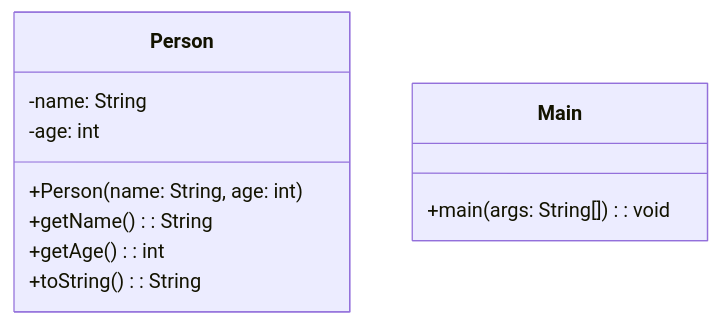
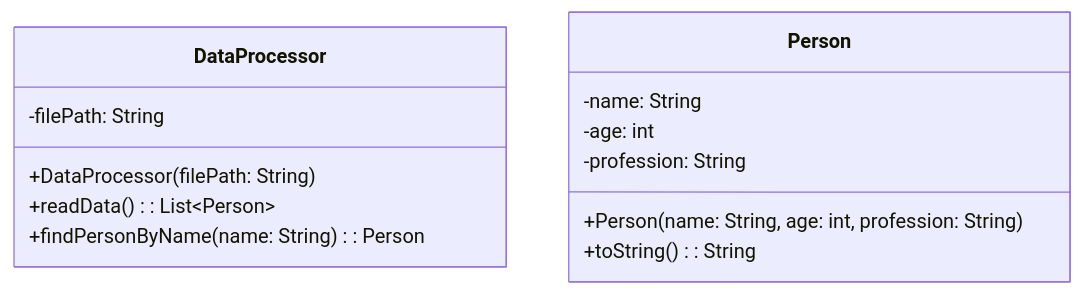
One commit to wielandjan/java_helloWorld_1 changed the second of 4 diagrams in scr/exercises/Programmieren1/SampleExam/ReadMe.md. Above: the diagram before and after it, drawn with Mermaid. The commit also changed other lines of this file, not shown here.

Commit message:
modified:   scr/exercises/Programmieren1/SampleExam/ReadMe.md

````diff
--- a/scr/exercises/Programmieren1/SampleExam/ReadMe.md
+++ b/scr/exercises/Programmieren1/SampleExam/ReadMe.md
@@ -68,15 +51,17 @@
 ```mermaid
 classDiagram
+    class DataProcessor {
+        -filePath: String
+        +DataProcessor(filePath: String)
+        +readData(): List~Person~
+        +findPersonByName(name: String): Person
+    }
+
     class Person {
         -name: String
         -age: int
-        +Person(name: String, age: int)
-        +getName(): String
-        +getAge(): int
+        -profession: String
+        +Person(name: String, age: int, profession: String)
         +toString(): String
     }
-
-    class Main {
-        +main(args: String[]): void
-    }
 ```
````
